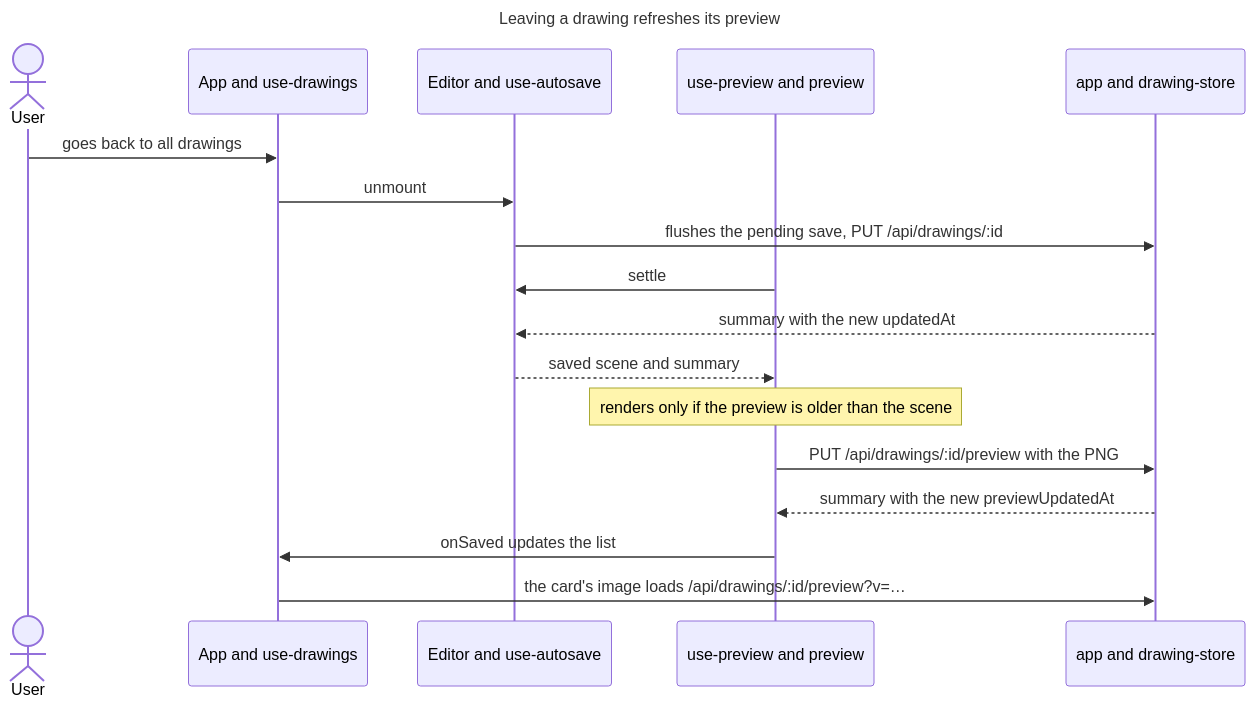
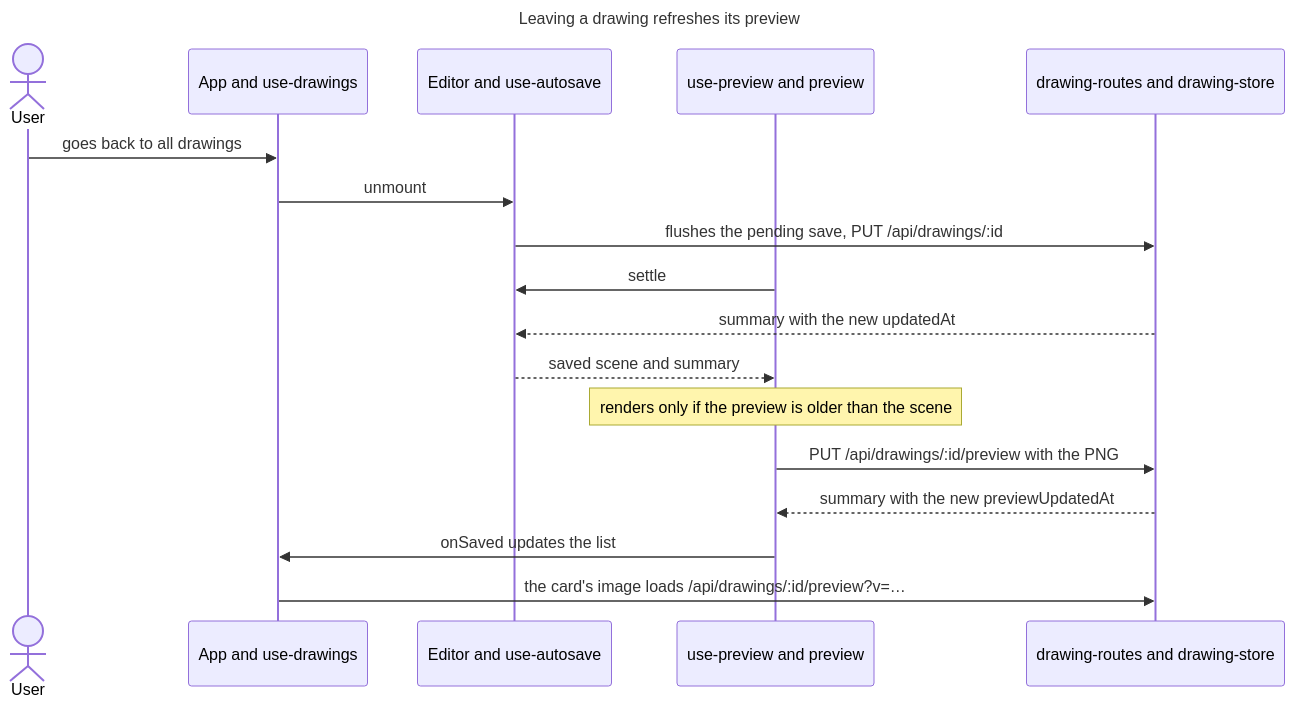
One commit to remshams/excalidraw-dashboard changed the ninth of 10 diagrams in docs/architecture/architecture.md. Above: the diagram before and after it, drawn with Mermaid. The commit also changed other lines of this file and 1 other file, not shown here.

Commit message:
docs(Architecture): show the route modules of the server

````diff
--- a/docs/architecture/architecture.md
+++ b/docs/architecture/architecture.md
@@ -318,22 +327,22 @@
 ```mermaid
 ---
 title: Leaving a drawing refreshes its preview
 ---
 sequenceDiagram
     actor User
     participant App as App and use-drawings
     participant Autosave as Editor and use-autosave
     participant Preview as use-preview and preview
-    participant Server as app and drawing-store
+    participant Server as drawing-routes and drawing-store
     User->>App: goes back to all drawings
     App->>Autosave: unmount
     Autosave->>Server: flushes the pending save, PUT /api/drawings/:id
     Preview->>Autosave: settle
     Server-->>Autosave: summary with the new updatedAt
     Autosave-->>Preview: saved scene and summary
     Note over Preview: renders only if the preview is older than the scene
     Preview->>Server: PUT /api/drawings/:id/preview with the PNG
     Server-->>Preview: summary with the new previewUpdatedAt
     Preview->>App: onSaved updates the list
     App->>Server: the card's image loads /api/drawings/:id/preview?v=…
 ```
````
